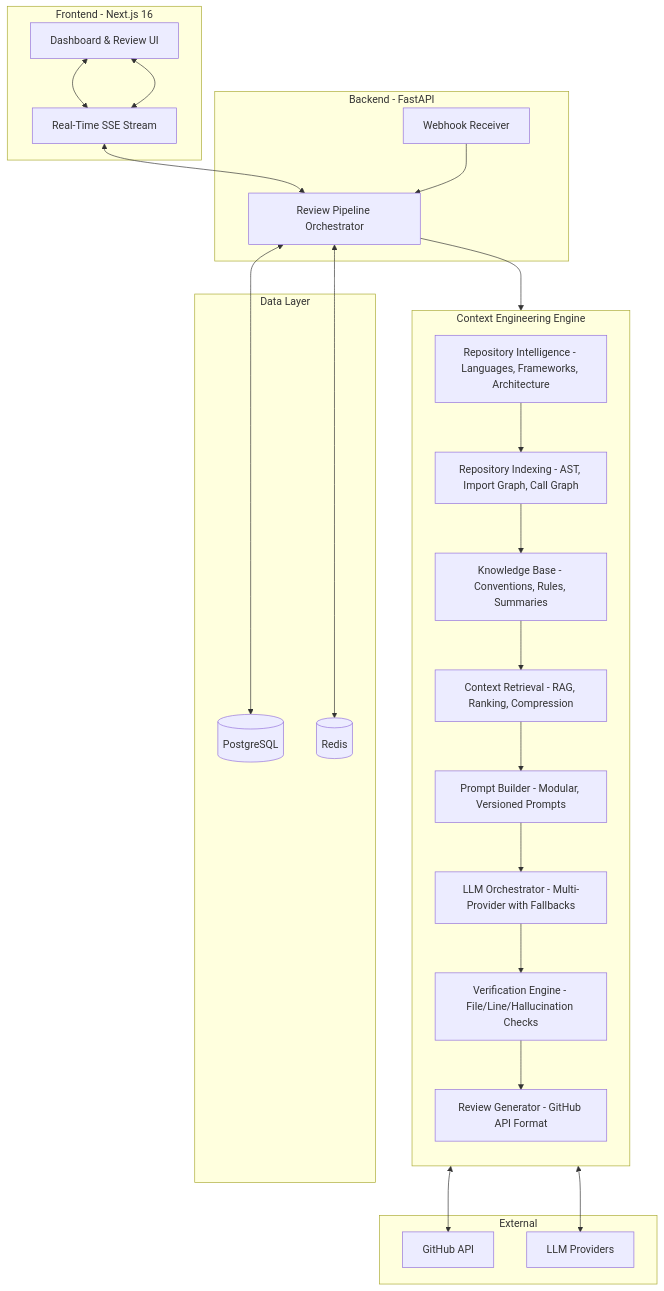
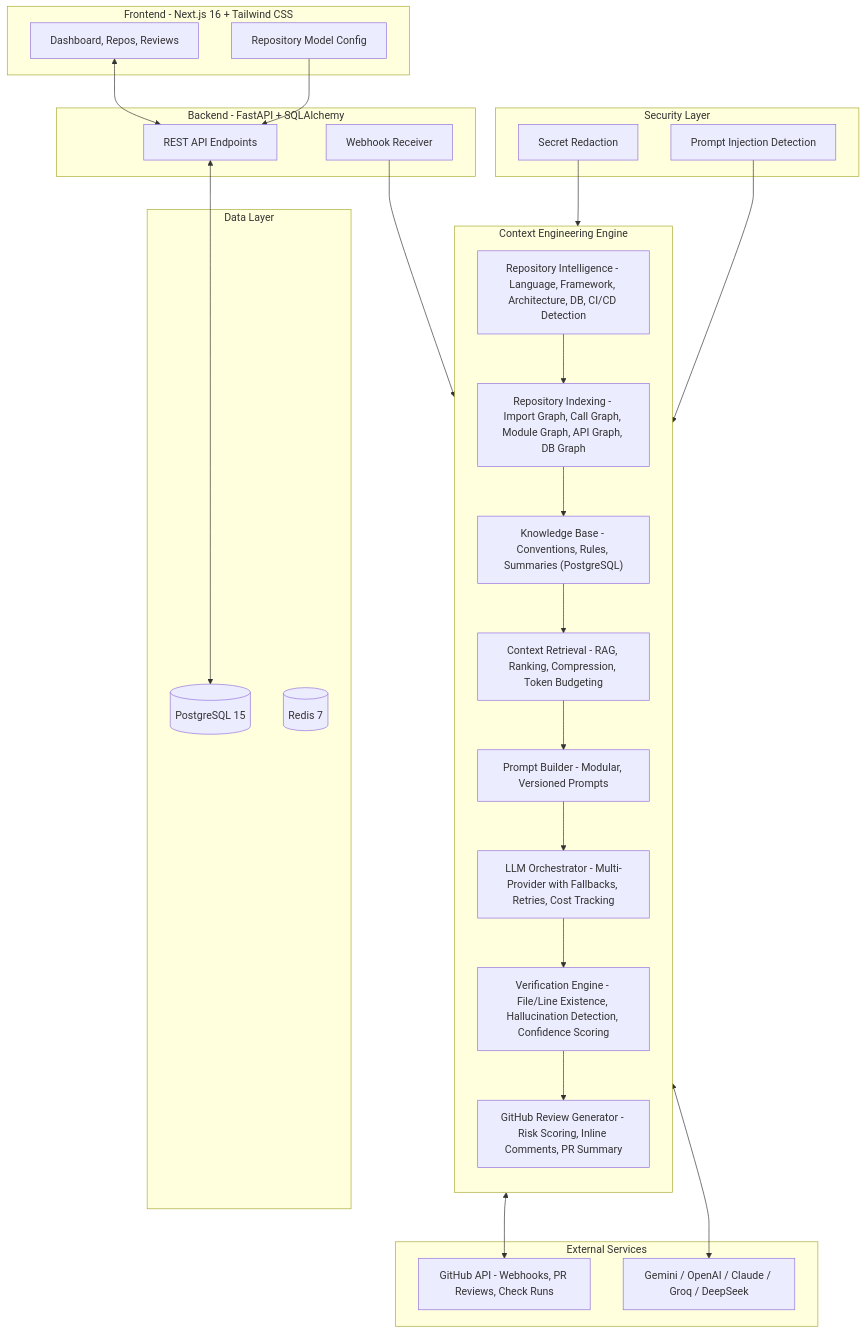
One commit to d-kavinraja/revora changed the first of 2 diagrams in README.md. Above: the diagram before and after it, drawn with Mermaid. The commit also changed other lines of this file, not shown here.

Commit message:
docs: rewrite README with accurate feature status, architecture diagrams, and module inventory

````diff
--- a/README.md
+++ b/README.md
@@ -66,44 +62,49 @@
 ```mermaid
 graph TB
-    subgraph Frontend["Frontend - Next.js 16"]
-        UI[Dashboard & Review UI]
-        SSE[Real-Time SSE Stream]
+    subgraph Frontend["Frontend - Next.js 16 + Tailwind CSS"]
+        UI[Dashboard, Repos, Reviews]
+        ConfigModal[Repository Model Config]
     end
 
-    subgraph Backend["Backend - FastAPI"]
+    subgraph Backend["Backend - FastAPI + SQLAlchemy"]
         WH[Webhook Receiver]
-        PIPE[Review Pipeline Orchestrator]
+        API[REST API Endpoints]
     end
 
     subgraph ContextEngine["Context Engineering Engine"]
         direction TB
-        I1["Repository Intelligence - Languages, Frameworks, Architecture"]
-        I2["Repository Indexing - AST, Import Graph, Call Graph"]
-        I3["Knowledge Base - Conventions, Rules, Summaries"]
-        I4["Context Retrieval - RAG, Ranking, Compression"]
+        I1["Repository Intelligence - Language, Framework, Architecture, DB, CI/CD Detection"]
+        I2["Repository Indexing - Import Graph, Call Graph, Module Graph, API Graph, DB Graph"]
+        I3["Knowledge Base - Conventions, Rules, Summaries (PostgreSQL)"]
+        I4["Context Retrieval - RAG, Ranking, Compression, Token Budgeting"]
         I5["Prompt Builder - Modular, Versioned Prompts"]
-        I6["LLM Orchestrator - Multi-Provider with Fallbacks"]
-        I7["Verification Engine - File/Line/Hallucination Checks"]
-        I8["Review Generator - GitHub API Format"]
+        I6["LLM Orchestrator - Multi-Provider with Fallbacks, Retries, Cost Tracking"]
+        I7["Verification Engine - File/Line Existence, Hallucination Detection, Confidence Scoring"]
+        I8["GitHub Review Generator - Risk Scoring, Inline Comments, PR Summary"]
+    end
+
+    subgraph Security["Security Layer"]
+        SEC[Secret Redaction]
+        INJ[Prompt Injection Detection]
     end
 
     subgraph Data["Data Layer"]
-        PG[(PostgreSQL)]
-        RD[(Redis)]
+        PG[(PostgreSQL 15)]
+        RD[(Redis 7)]
     end
 
-    subgraph External["External"]
-        GH[GitHub API]
-        LLM[LLM Providers]
+    subgraph External["External Services"]
+        GH[GitHub API - Webhooks, PR Reviews, Check Runs]
+        LLM[Gemini / OpenAI / Claude / Groq / DeepSeek]
     end
 
-    UI <--> SSE
-    SSE <--> PIPE
-    WH --> PIPE
-    PIPE --> I1 --> I2 --> I3 --> I4 --> I5 --> I6 --> I7 --> I8
-    PIPE <--> PG
-    PIPE <--> RD
+    UI <--> API
+    ConfigModal --> API
+    WH --> I1
+    I1 --> I2 --> I3 --> I4 --> I5 --> I6 --> I7 --> I8
+    SEC --> I4
+    INJ --> I4
+    API <--> PG
     I8 <--> GH
     I6 <--> LLM
-    SSE <--> UI
 ```
````
